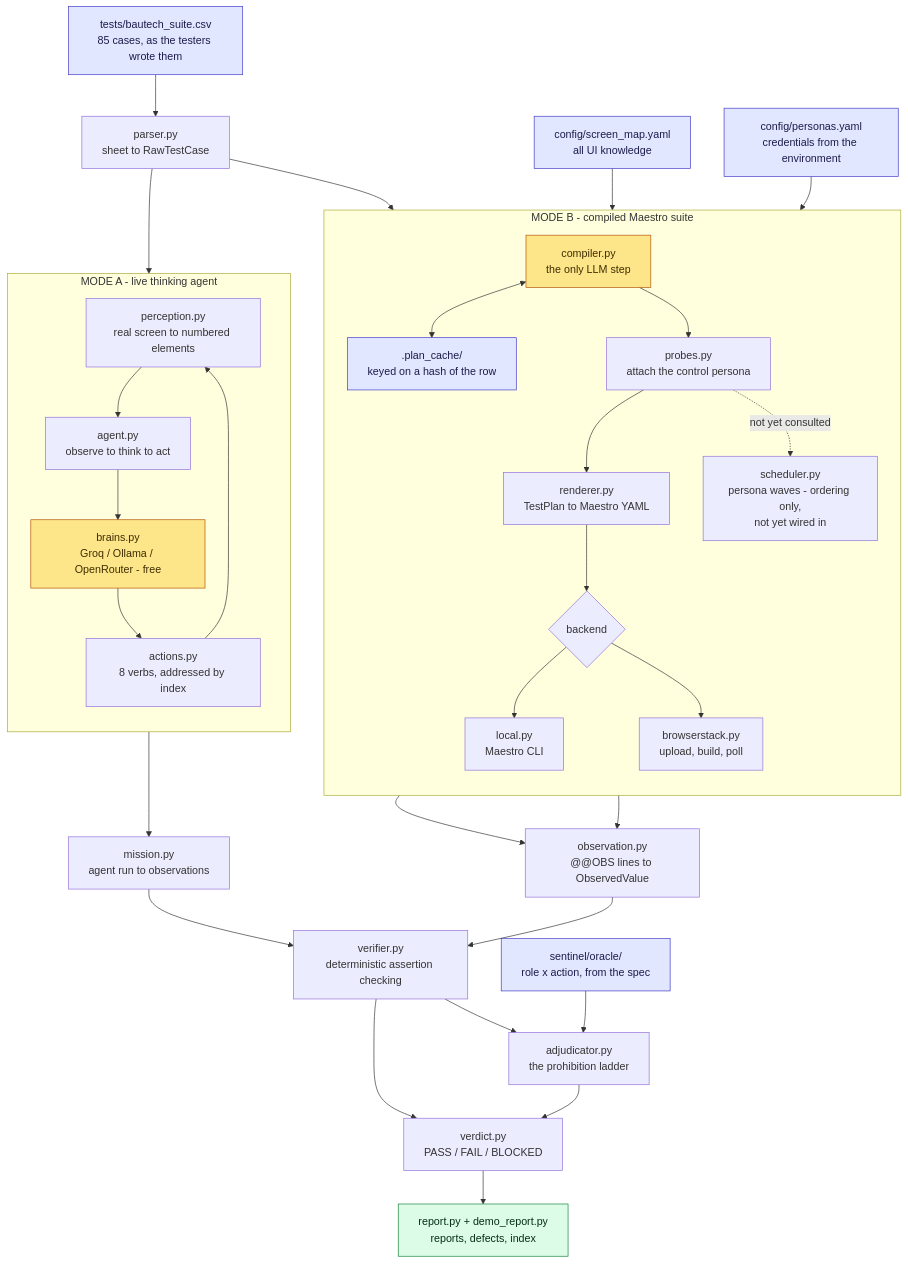
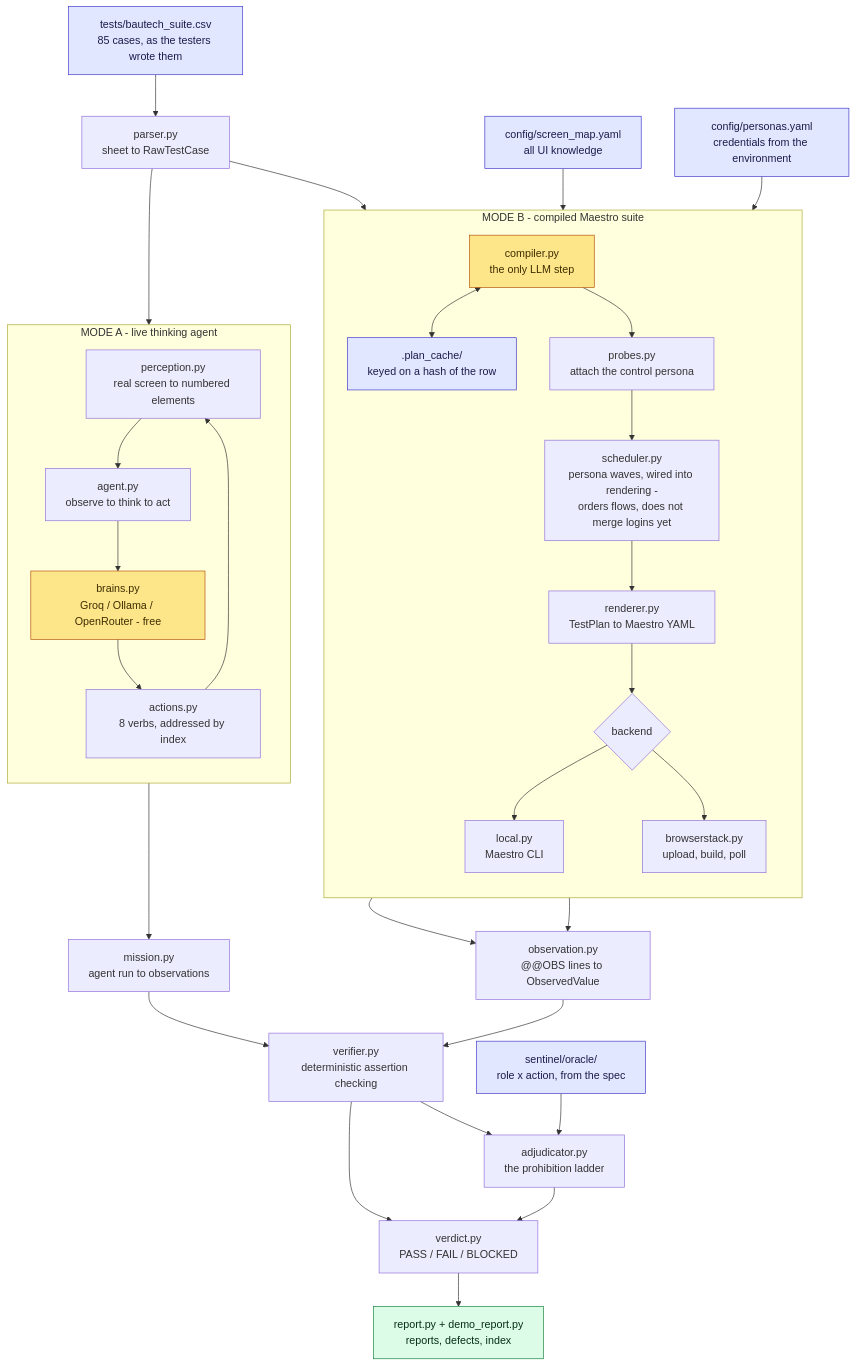
The diagram in README.md (naveen-astra/Bautech-TestA), drawn with Mermaid before and after one commit. The commit also changed other lines of this file, not shown here.

````diff
--- a/README.md
+++ b/README.md
@@ -633,60 +633,59 @@
 ```mermaid
 flowchart TD
     SHEET["tests/bautech_suite.csv<br/>85 cases, as the testers wrote them"]
     PARSE["parser.py<br/>sheet to RawTestCase"]
 
     subgraph A ["MODE A - live thinking agent"]
         direction TB
         PERC["perception.py<br/>real screen to numbered elements"]
         LOOP["agent.py<br/>observe to think to act"]
         BRAIN["brains.py<br/>Groq / Ollama / OpenRouter - free"]
         ACT["actions.py<br/>8 verbs, addressed by index"]
         PERC --> LOOP --> BRAIN --> ACT --> PERC
     end
 
     subgraph B ["MODE B - compiled Maestro suite"]
         direction TB
         COMPILE["compiler.py<br/>the only LLM step"]
         CACHE[".plan_cache/<br/>keyed on a hash of the row"]
         PROBE["probes.py<br/>attach the control persona"]
-        SCHED["scheduler.py<br/>persona waves - ordering only,<br/>not yet wired in"]
+        SCHED["scheduler.py<br/>persona waves, wired into rendering -<br/>orders flows, does not merge logins yet"]
         RENDER["renderer.py<br/>TestPlan to Maestro YAML"]
         BACKEND{"backend"}
         LOCAL["local.py<br/>Maestro CLI"]
         BSTACK["browserstack.py<br/>upload, build, poll"]
         COMPILE <--> CACHE
-        COMPILE --> PROBE --> RENDER --> BACKEND
-        PROBE -.->|"not yet consulted"| SCHED
+        COMPILE --> PROBE --> SCHED --> RENDER --> BACKEND
         BACKEND --> LOCAL
         BACKEND --> BSTACK
     end
 
     MAP["config/screen_map.yaml<br/>all UI knowledge"]
     PERS["config/personas.yaml<br/>credentials from the environment"]
     MISSION["mission.py<br/>agent run to observations"]
     OBS["observation.py<br/>@@OBS lines to ObservedValue"]
     VERIFY["verifier.py<br/>deterministic assertion checking"]
     ADJ["adjudicator.py<br/>the prohibition ladder"]
     ORACLE["sentinel/oracle/<br/>role x action, from the spec"]
     VERDICT["verdict.py<br/>PASS / FAIL / BLOCKED"]
     REPORT["report.py + demo_report.py<br/>reports, defects, index"]
 
     SHEET --> PARSE
     PARSE --> LOOP
     PARSE --> COMPILE
     MAP --> RENDER
     PERS --> RENDER
     LOOP --> MISSION --> VERIFY
     LOCAL --> OBS
     BSTACK --> OBS
     OBS --> VERIFY --> VERDICT --> REPORT
     VERIFY --> ADJ --> VERDICT
     ORACLE --> ADJ
 
     classDef llm fill:#fde68a,stroke:#b45309,color:#3f2d00
     classDef data fill:#e0e7ff,stroke:#4338ca,color:#1e1b4b
     classDef out fill:#dcfce7,stroke:#15803d,color:#052e16
     class COMPILE,BRAIN llm
     class SHEET,MAP,PERS,ORACLE,CACHE data
     class REPORT out
 ```
````
